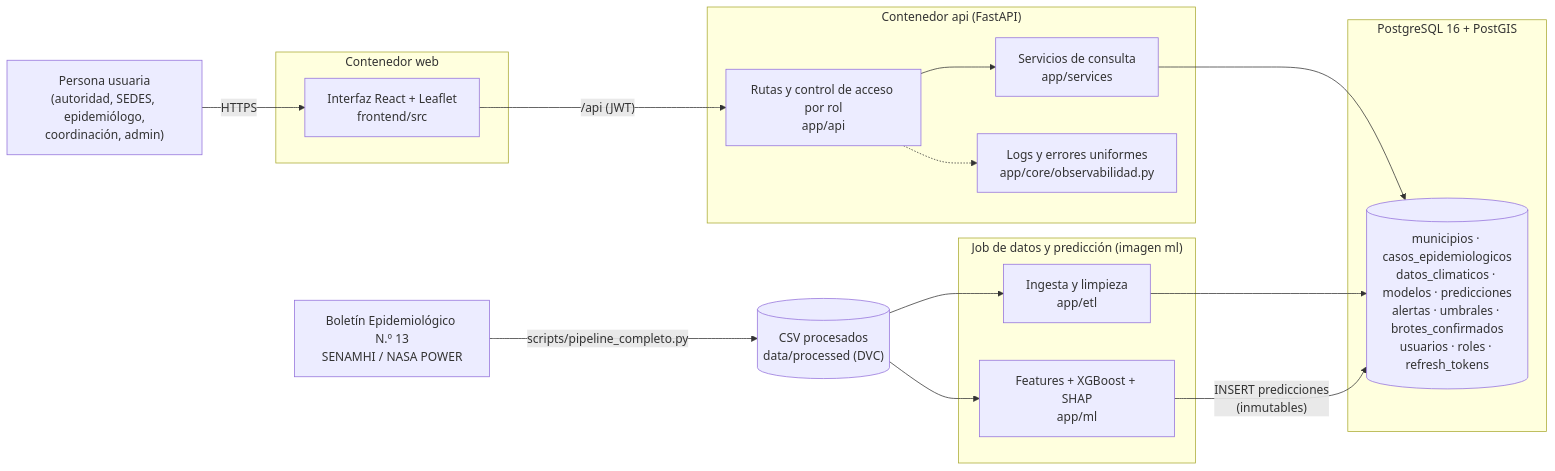
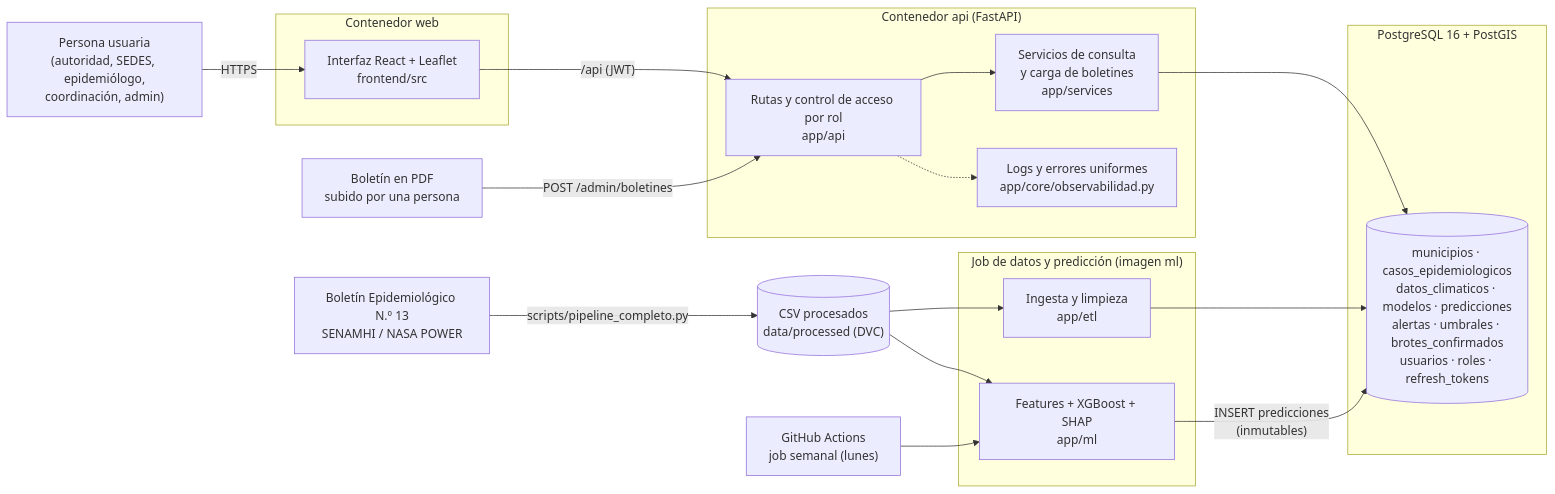
The diagram in docs/arquitectura_actual.md (IvonneCM/Taller-de-Sistemas-Inteligentes), drawn with Mermaid before and after one commit. The commit also changed other lines of this file and 7 other files, not shown here.

````diff
--- a/docs/arquitectura_actual.md
+++ b/docs/arquitectura_actual.md
@@ -7,35 +7,39 @@
 ```mermaid
 flowchart LR
   persona["Persona usuaria<br/>(autoridad, SEDES, epidemiólogo,<br/>coordinación, admin)"]
 
   subgraph web["Contenedor web"]
     spa["Interfaz React + Leaflet<br/>frontend/src"]
   end
 
   subgraph api["Contenedor api (FastAPI)"]
     rutas["Rutas y control de acceso por rol<br/>app/api"]
-    servicios["Servicios de consulta<br/>app/services"]
+    servicios["Servicios de consulta<br/>y carga de boletines<br/>app/services"]
     obs["Logs y errores uniformes<br/>app/core/observabilidad.py"]
   end
 
   subgraph db["PostgreSQL 16 + PostGIS"]
     tablas[("municipios · casos_epidemiologicos<br/>datos_climaticos · modelos · predicciones<br/>alertas · umbrales · brotes_confirmados<br/>usuarios · roles · refresh_tokens")]
   end
 
   subgraph ml["Job de datos y predicción (imagen ml)"]
     etl["Ingesta y limpieza<br/>app/etl"]
     modelo["Features + XGBoost + SHAP<br/>app/ml"]
   end
 
   csv[("CSV procesados<br/>data/processed (DVC)")]
   fuentes["Boletín Epidemiológico N.º 13<br/>SENAMHI / NASA POWER"]
+  pdf["Boletín en PDF<br/>subido por una persona"]
+  gha["GitHub Actions<br/>job semanal (lunes)"]
 
   persona -->|HTTPS| spa
   spa -->|"/api (JWT)"| rutas
   rutas --> servicios --> tablas
   rutas -.-> obs
   fuentes -->|"scripts/pipeline_completo.py"| csv
   csv --> etl --> tablas
   csv --> modelo
   modelo -->|"INSERT predicciones<br/>(inmutables)"| tablas
+  pdf -->|"POST /admin/boletines"| rutas
+  gha --> modelo
 ```
````
